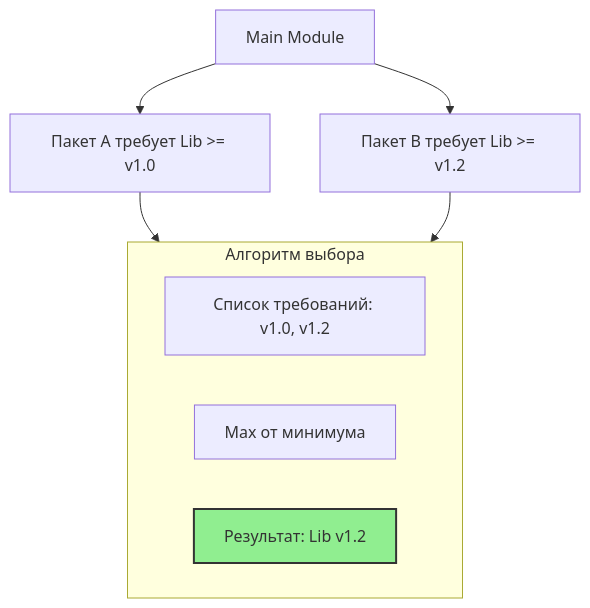
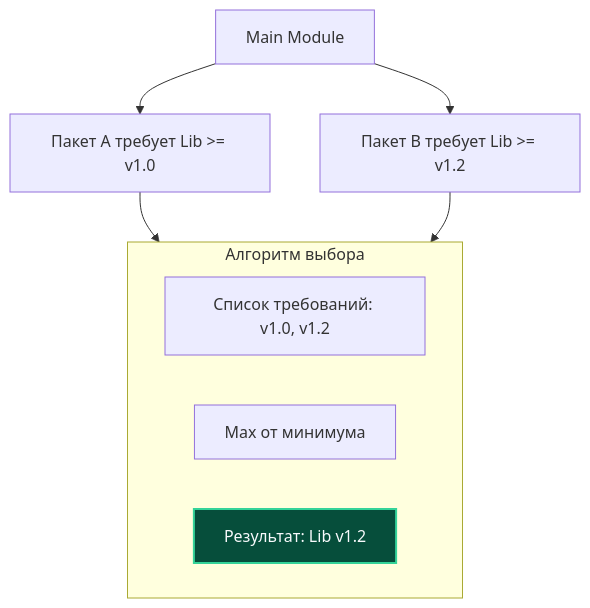
One commit to UnrealTemplier/go-textbook changed the diagram in sources/8. Инфраструктура языка, Тулинг и CI_CD/12. Модули. go.mod и go.sum.md. Above: the diagram before and after it, drawn with Mermaid. The commit also changed 310 other files, not shown here.

First line of the commit message:
fix(mermaid): replace light fill colors with dark palette for readability on dark theme

````diff
--- a/sources/8. Инфраструктура языка, Тулинг и CI_CD/12. Модули. go.mod и go.sum.md
+++ b/sources/8. Инфраструктура языка, Тулинг и CI_CD/12. Модули. go.mod и go.sum.md
@@ -83,16 +83,16 @@
 ```mermaid
 flowchart TD
     A["Main Module"] --> B["Пакет A требует Lib >= v1.0"]
     A --> C["Пакет B требует Lib >= v1.2"]
     
     subgraph MVS ["Алгоритм выбора"]
         D["Список требований: v1.0, v1.2"]
         E["Max от минимума"]
         F["Результат: Lib v1.2"]
     end
     
     B --> MVS
     C --> MVS
     
-    style F fill:#90EE90,stroke:#333,stroke-width:2px
+    style F fill:#064e3b,stroke:#34d399,stroke-width:2px,color:#f8fafc
 ```
````
